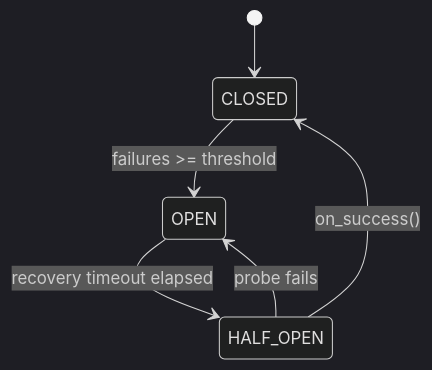
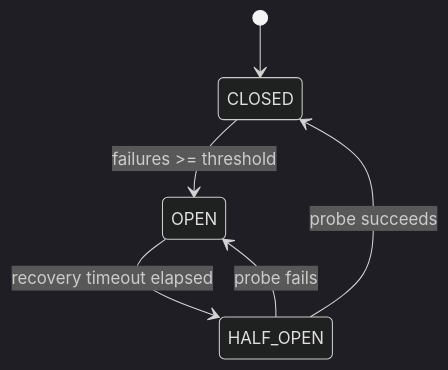
One commit to DimitriosDalaklidhs/api-gateway changed the second of 2 diagrams in README.md. Above: the diagram before and after it, drawn with Mermaid (dark theme). The commit also changed other lines of this file, not shown here.

````diff
--- a/README.md
+++ b/README.md
@@ -530,8 +381,8 @@
 ```mermaid
 stateDiagram-v2
     [*] --> CLOSED
     CLOSED --> OPEN: failures >= threshold
     OPEN --> HALF_OPEN: recovery timeout elapsed
-    HALF_OPEN --> CLOSED: on_success()
+    HALF_OPEN --> CLOSED: probe succeeds
     HALF_OPEN --> OPEN: probe fails
 ```
````
